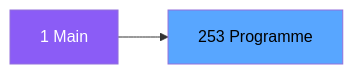
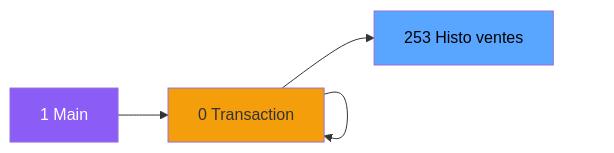
Before and after one commit to thonyAGP/magic-migration: the second of 3 diagrams in .openspec/specs/ADH-IDE-253.md, drawn with Mermaid. The commit also changed other lines of this file and 323 other files, not shown here.

````diff
--- a/.openspec/specs/ADH-IDE-253.md
+++ b/.openspec/specs/ADH-IDE-253.md
@@ -120,8 +146,23 @@
 ```mermaid
 graph LR
     M[1 Main]
-    T[253 Programme]
-    M --> T
+    N0[0 Histo ventes]
+    N0[0 Transaction ]
+    N0[0 Histo ventes]
+    N0[0 Histo ventes]
+    N0[0 Transaction ]
+    T[253 Histo ventes]
+    M --> N0
+    N0 --> N0
+    N0 --> N0
+    N0 --> N0
+    N0 --> N0
+    N0 --> T
     style M fill:#8b5cf6,color:#fff
+    style N0 fill:#f59e0b
+    style N0 fill:#f59e0b
+    style N0 fill:#f59e0b
+    style N0 fill:#f59e0b
+    style N0 fill:#f59e0b
     style T fill:#58a6ff,color:#000
 ```
````
